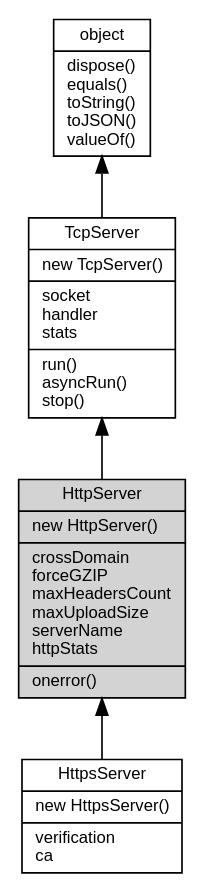
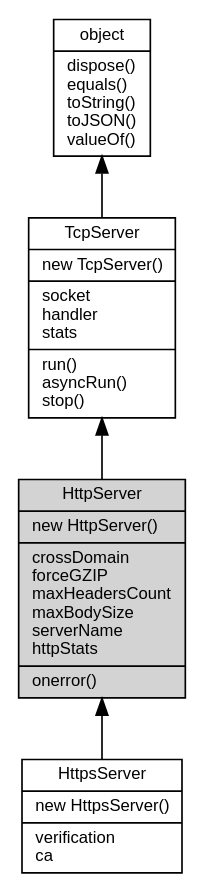
The diagram in docs/manual/object/ifs/HttpServer.md (fibjs/fibjs.org), drawn with Graphviz before and after one commit. The commit also changed other lines of this file and 26 other files, not shown here.

````diff
--- a/docs/manual/object/ifs/HttpServer.md
+++ b/docs/manual/object/ifs/HttpServer.md
@@ -22,14 +22,14 @@
 ```dot
 digraph {
     node [fontname="Helvetica,sans-Serif", fontsize=10, shape="record", style="filled", fillcolor="white"];
 
     object [tooltip="object", URL="object.md", label="{object|dispose()\lequals()\ltoString()\ltoJSON()\lvalueOf()\l}"];
     TcpServer [tooltip="TcpServer", URL="TcpServer.md", label="{TcpServer|new TcpServer()\l|socket\lhandler\lstats\l|run()\lasyncRun()\lstop()\l}"];
-    HttpServer [tooltip="HttpServer", fillcolor="lightgray", label="{HttpServer|new HttpServer()\l|crossDomain\lforceGZIP\lmaxHeadersCount\lmaxUploadSize\lserverName\lhttpStats\l|onerror()\l}"];
+    HttpServer [tooltip="HttpServer", fillcolor="lightgray", label="{HttpServer|new HttpServer()\l|crossDomain\lforceGZIP\lmaxHeadersCount\lmaxBodySize\lserverName\lhttpStats\l|onerror()\l}"];
     HttpsServer [tooltip="HttpsServer", URL="HttpsServer.md", label="{HttpsServer|new HttpsServer()\l|verification\lca\l}"];
 
     object -> TcpServer [dir=back];
     TcpServer -> HttpServer [dir=back];
     HttpServer -> HttpsServer [dir=back];
 }
 ```
````
